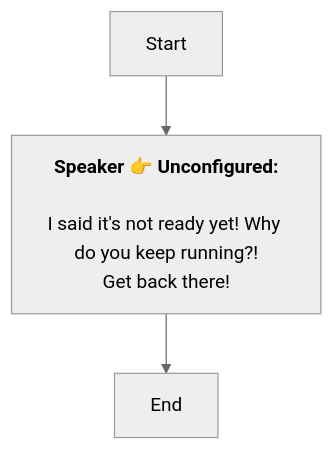
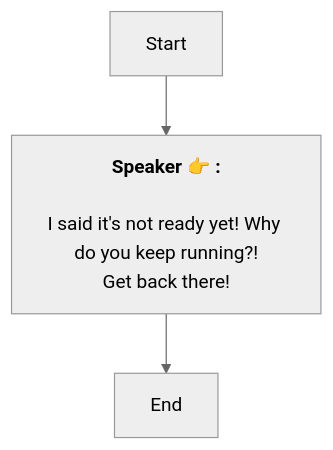
Before and after one commit to SoftHu/tos_avg: the diagram in En/DemoTips_2.md, drawn with Mermaid (neutral theme). The commit also changed 737 other files, not shown here.

````diff
--- a/En/DemoTips_2.md
+++ b/En/DemoTips_2.md
@@ -1,9 +1,8 @@
 ```mermaid
 graph
-Start -->1731547181019230[<b>Speaker 👉 Unconfigured:</b>
-
-I said it's not ready yet! Why do you keep running?!
+Start -->1731547181019230[<b>Speaker 👉 :</b>
+\nI said it's not ready yet! Why do you keep running?!
 Get back there!]
 1731547181019230 -->1731547181019231[End]
 
- ```
+```
````
